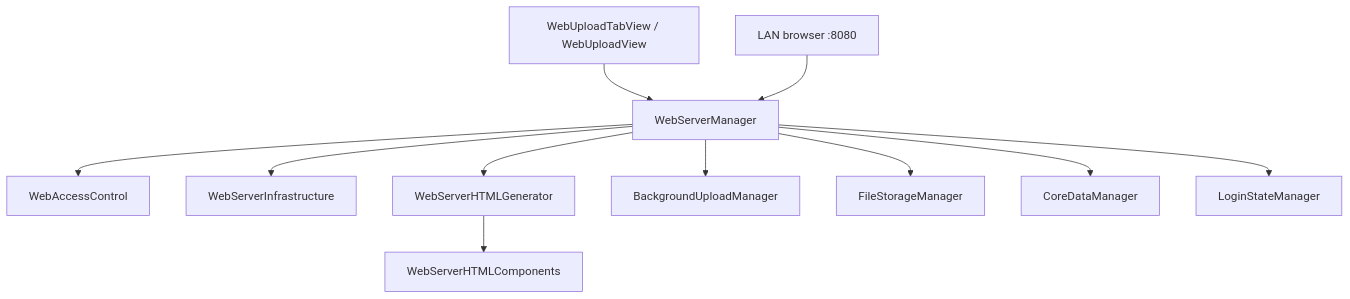
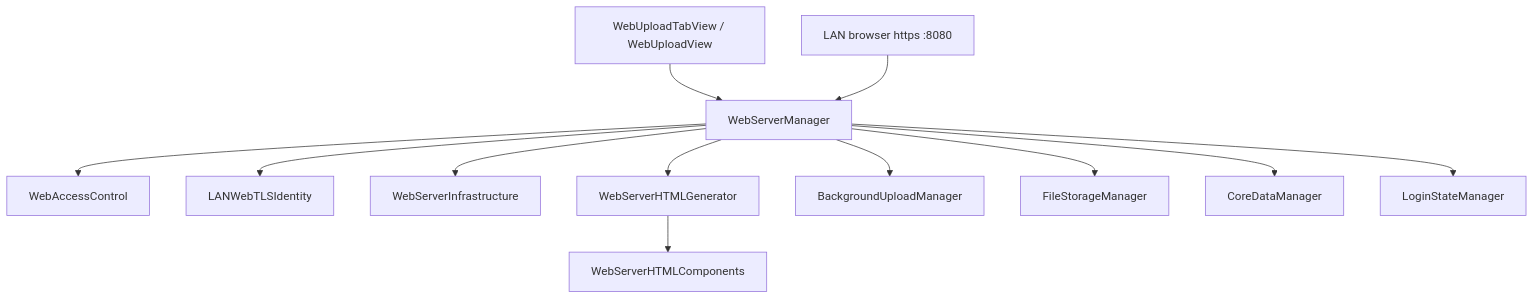
Before and after one commit to haresh14/file-vault: the ninth of 10 diagrams in docs/COMPONENT_GRAPH.md, drawn with Mermaid. The commit also changed other lines of this file and 14 other files, not shown here.

````diff
--- a/docs/COMPONENT_GRAPH.md
+++ b/docs/COMPONENT_GRAPH.md
@@ -271,13 +271,14 @@
 ```mermaid
 flowchart TB
     UI["WebUploadTabView / WebUploadView"] --> WSM["WebServerManager"]
     WSM --> Access["WebAccessControl"]
+    WSM --> TLS["LANWebTLSIdentity"]
     WSM --> Infra["WebServerInfrastructure"]
     WSM --> HTML["WebServerHTMLGenerator"]
     HTML --> Chunks["WebServerHTMLComponents"]
     WSM --> BUM["BackgroundUploadManager"]
     WSM --> FSM["FileStorageManager"]
     WSM --> CDM["CoreDataManager"]
     WSM --> Login["LoginStateManager"]
-    Browser["LAN browser :8080"] --> WSM
+    Browser["LAN browser https :8080"] --> WSM
 ```
````
